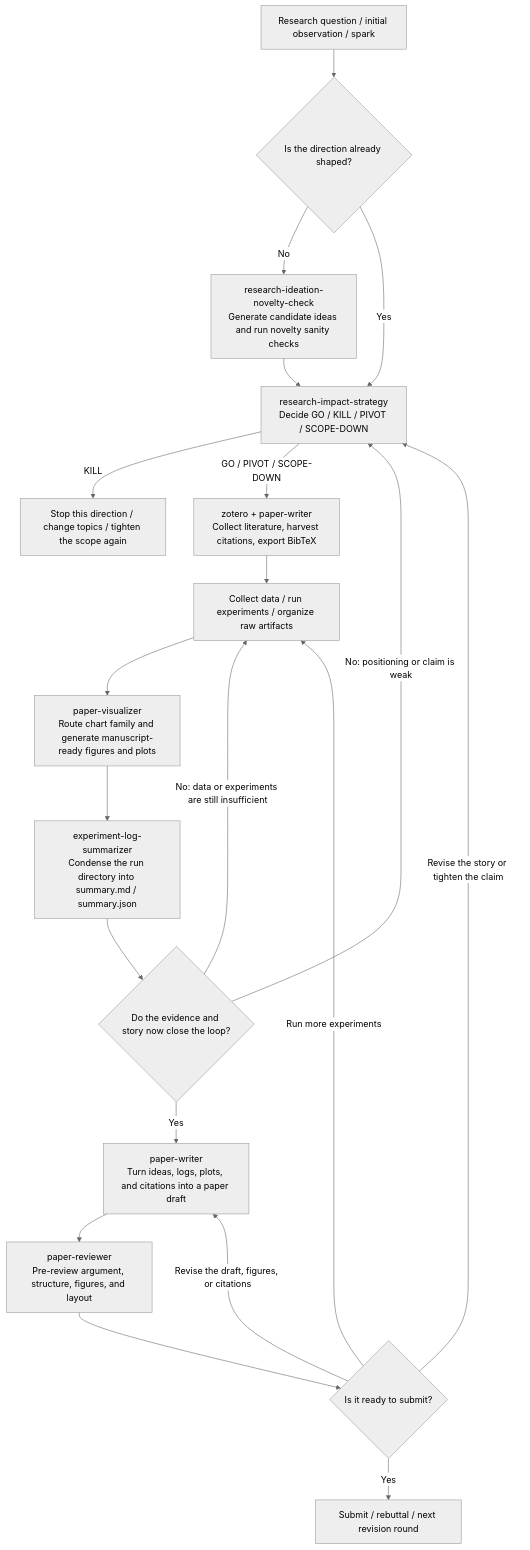
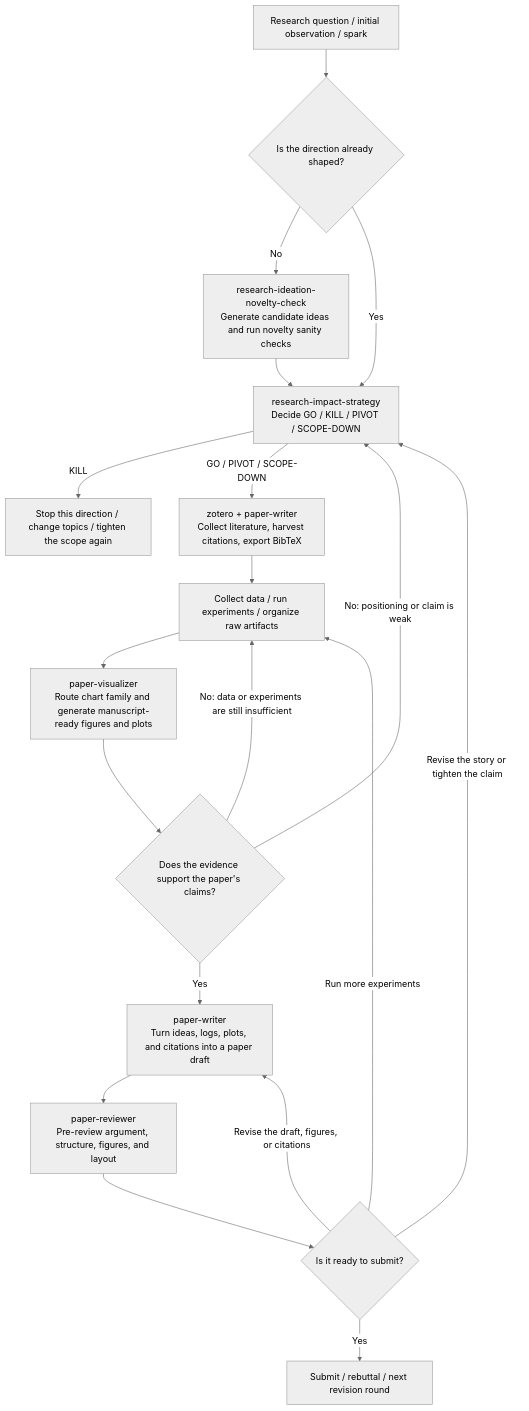
One commit to tcztzy/skills changed the diagram in README.md. Above: the diagram before and after it, drawn with Mermaid (neutral theme). The commit also changed other lines of this file and 38 other files, not shown here.

````diff
--- a/README.md
+++ b/README.md
@@ -141,22 +137,21 @@
 ```mermaid
 flowchart TD
     A["Research question / initial observation / spark"] --> B{"Is the direction already shaped?"}
     B -->|No| C["research-ideation-novelty-check<br/>Generate candidate ideas and run novelty sanity checks"]
     B -->|Yes| D["research-impact-strategy<br/>Decide GO / KILL / PIVOT / SCOPE-DOWN"]
     C --> D
     D -->|KILL| Z["Stop this direction / change topics / tighten the scope again"]
     D -->|GO / PIVOT / SCOPE-DOWN| E["zotero + paper-writer<br/>Collect literature, harvest citations, export BibTeX"]
     E --> F["Collect data / run experiments / organize raw artifacts"]
     F --> G["paper-visualizer<br/>Route chart family and generate manuscript-ready figures and plots"]
-    G --> J["experiment-log-summarizer<br/>Condense the run directory into summary.md / summary.json"]
-    J --> K{"Do the evidence and story now close the loop?"}
+    G --> K{"Does the evidence support the paper's claims?"}
     K -->|No: positioning or claim is weak| D
     K -->|No: data or experiments are still insufficient| F
     K -->|Yes| L["paper-writer<br/>Turn ideas, logs, plots, and citations into a paper draft"]
     L --> M["paper-reviewer<br/>Pre-review argument, structure, figures, and layout"]
     M --> N{"Is it ready to submit?"}
     N -->|Run more experiments| F
     N -->|Revise the story or tighten the claim| D
     N -->|Revise the draft, figures, or citations| L
     N -->|Yes| O["Submit / rebuttal / next revision round"]
 ```
````
